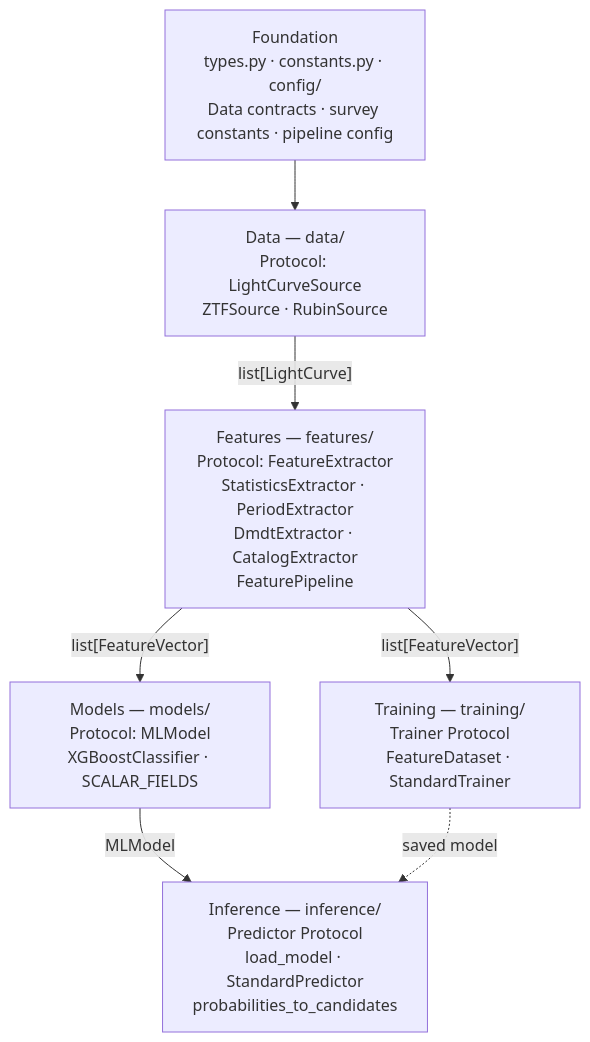
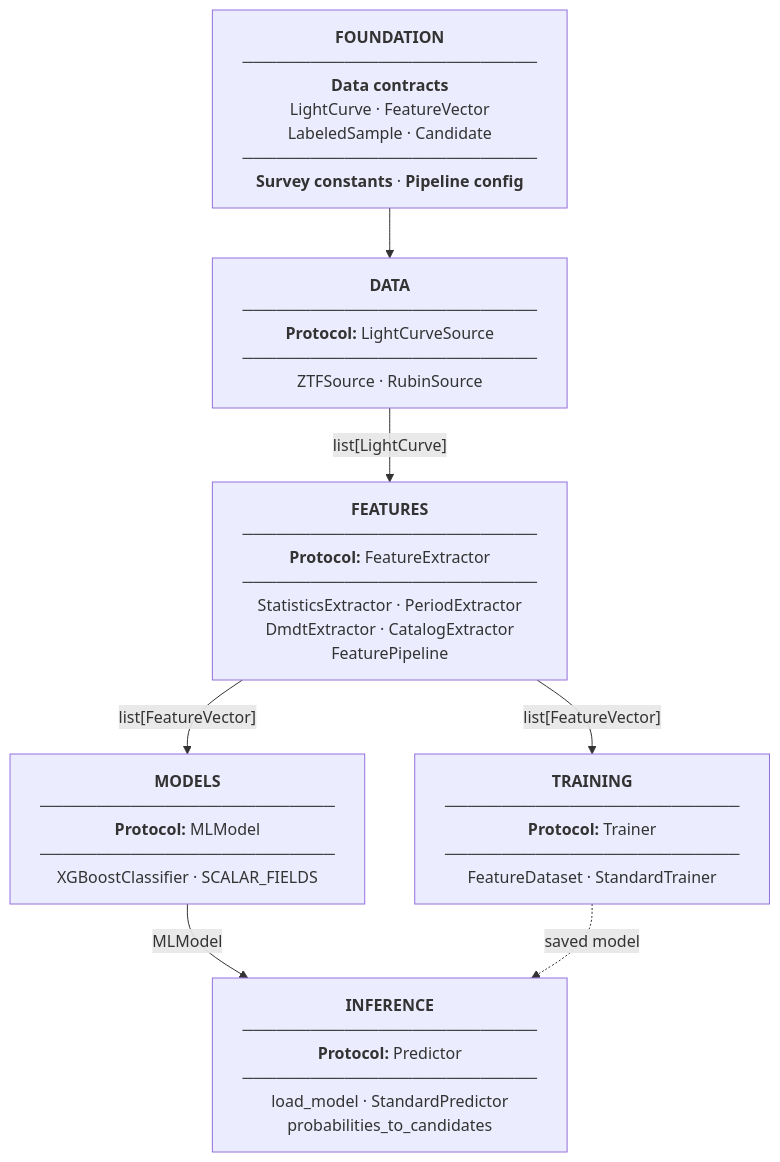
Before and after one commit to ManiacUrgency42/ml4em: the first of 3 diagrams in docs/architecture/overview.md, drawn with Mermaid. The commit also changed other lines of this file, not shown here.

First line of the commit message:
docs: polish Mermaid diagram node formatting

````diff
--- a/docs/architecture/overview.md
+++ b/docs/architecture/overview.md
@@ -10,16 +10,21 @@
 ```mermaid
 flowchart TD
-    F["Foundation\ntypes.py · constants.py · config/\nData contracts · survey constants · pipeline config"]
-    D["Data — data/\nProtocol: LightCurveSource\nZTFSource · RubinSource"]
-    FE["Features — features/\nProtocol: FeatureExtractor\nStatisticsExtractor · PeriodExtractor\nDmdtExtractor · CatalogExtractor\nFeaturePipeline"]
-    M["Models — models/\nProtocol: MLModel\nXGBoostClassifier · SCALAR_FIELDS"]
-    T["Training — training/\nTrainer Protocol\nFeatureDataset · StandardTrainer"]
-    I["Inference — inference/\nPredictor Protocol\nload_model · StandardPredictor\nprobabilities_to_candidates"]
+    F["<b>FOUNDATION</b><br/>──────────────────────────<br/><b>Data contracts</b><br/>LightCurve · FeatureVector<br/>LabeledSample · Candidate<br/>──────────────────────────<br/><b>Survey constants</b> · <b>Pipeline config</b>"]
+
+    D["<b>DATA</b><br/>──────────────────────────<br/><b>Protocol:</b> LightCurveSource<br/>──────────────────────────<br/>ZTFSource · RubinSource"]
+
+    FE["<b>FEATURES</b><br/>──────────────────────────<br/><b>Protocol:</b> FeatureExtractor<br/>──────────────────────────<br/>StatisticsExtractor · PeriodExtractor<br/>DmdtExtractor · CatalogExtractor<br/>FeaturePipeline"]
+
+    M["<b>MODELS</b><br/>──────────────────────────<br/><b>Protocol:</b> MLModel<br/>──────────────────────────<br/>XGBoostClassifier · SCALAR_FIELDS"]
+
+    T["<b>TRAINING</b><br/>──────────────────────────<br/><b>Protocol:</b> Trainer<br/>──────────────────────────<br/>FeatureDataset · StandardTrainer"]
+
+    I["<b>INFERENCE</b><br/>──────────────────────────<br/><b>Protocol:</b> Predictor<br/>──────────────────────────<br/>load_model · StandardPredictor<br/>probabilities_to_candidates"]
 
     F --> D
     D -->|"list[LightCurve]"| FE
     FE -->|"list[FeatureVector]"| T
     FE -->|"list[FeatureVector]"| M
     M -->|"MLModel"| I
     T -. "saved model" .-> I
 ```
````
